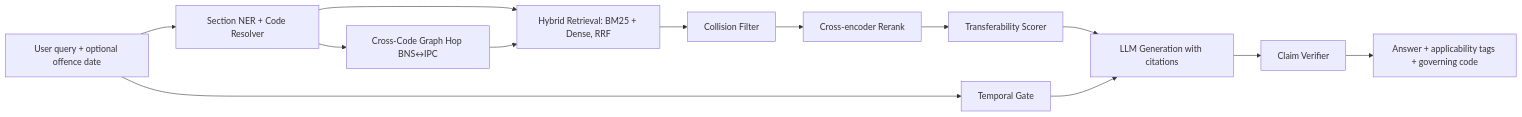
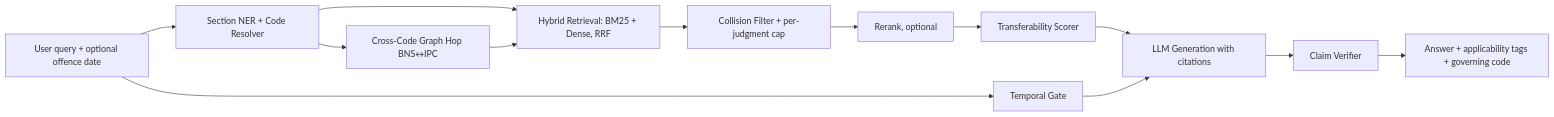
Before and after one commit to MounishSenisetty/LexBridge: the diagram in README.md, drawn with Mermaid. The commit also changed other lines of this file and 54 other files, not shown here.

````diff
--- a/README.md
+++ b/README.md
@@ -27,15 +27,15 @@
 ```mermaid
 flowchart LR
   Q[User query + optional offence date] --> C1[Section NER + Code Resolver]
   Q --> C4[Temporal Gate]
   C1 --> R[Hybrid Retrieval: BM25 + Dense, RRF]
   C1 --> G[Cross-Code Graph Hop BNS↔IPC]
   G --> R
-  R --> F[Collision Filter]
-  F --> RR[Cross-encoder Rerank]
+  R --> F[Collision Filter + per-judgment cap]
+  F --> RR[Rerank, optional]
   RR --> C3[Transferability Scorer]
   C3 --> LLM[LLM Generation with citations]
   C4 --> LLM
   LLM --> V[Claim Verifier]
   V --> A[Answer + applicability tags + governing code]
 ```
````
